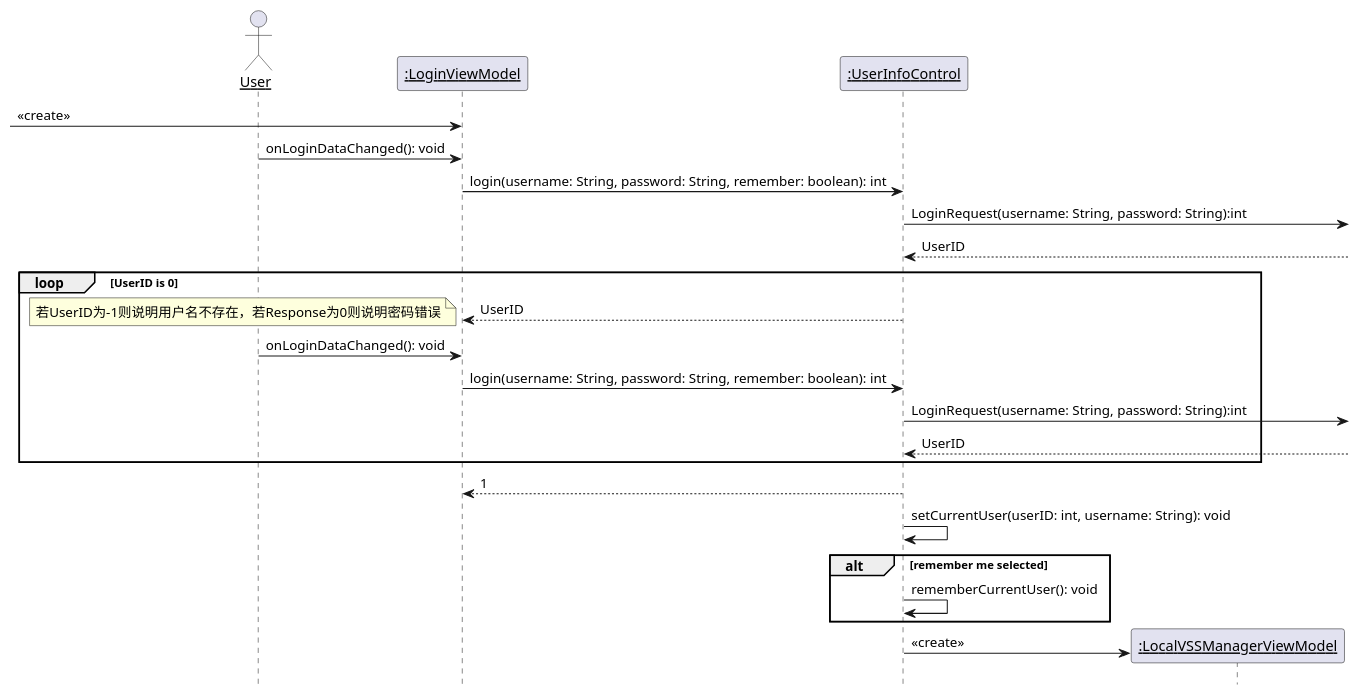
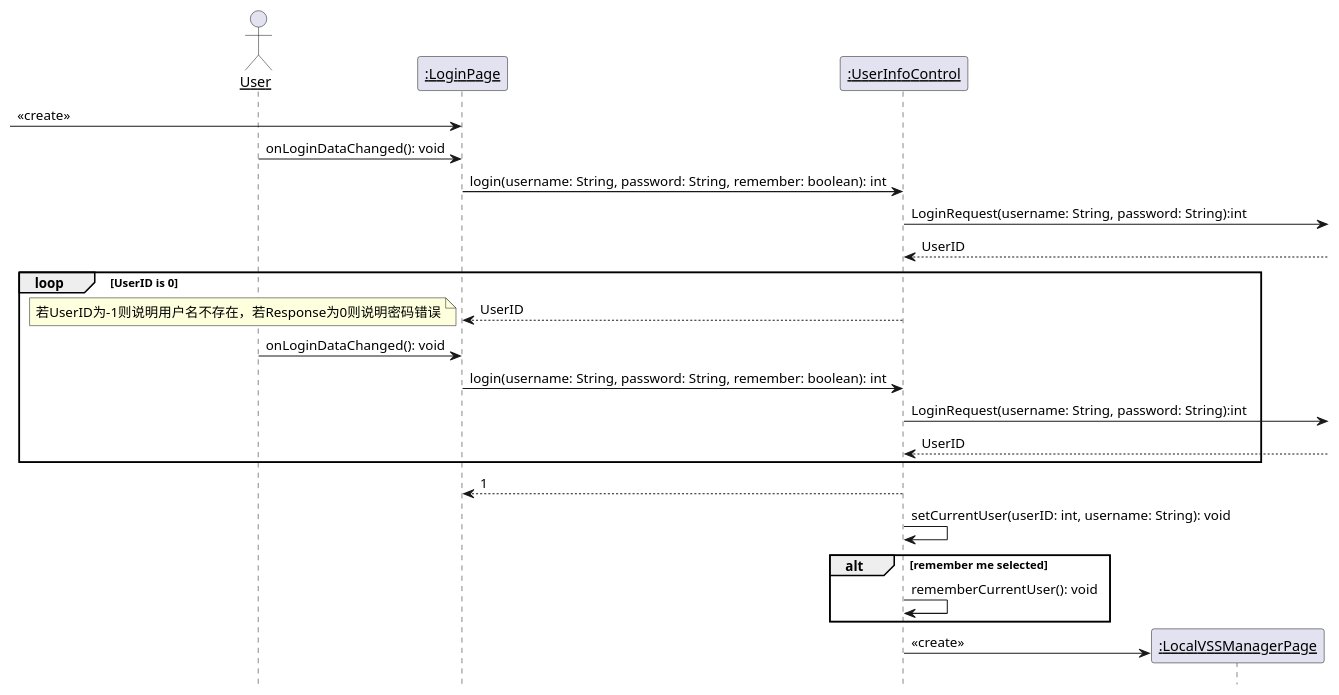
Before and after one commit to kpp19920121/doc: the fifth of 39 diagrams in 设计/顺序图.md, drawn with PlantUML. The commit also changed other lines of this file and 1 other file, not shown here.

Commit message:
改进顺序图与类图一致

````diff
--- a/设计/顺序图.md
+++ b/设计/顺序图.md
@@ -132,35 +132,35 @@
 ```PlantUML
 @startuml Diagrams/Login
 hide footbox
 skinparam sequenceParticipant underline
 
 actor User as user
-participant ":LoginViewModel" as boundary
+participant ":LoginPage" as boundary
 participant ":UserInfoControl" as control
-participant ":LocalVSSManagerViewModel" as nextpage
+participant ":LocalVSSManagerPage" as nextpage
 
 
 [-> boundary: <<create>>
 user -> boundary: onLoginDataChanged(): void
 boundary -> control: login(username: String, password: String, remember: boolean): int
 control ->: LoginRequest(username: String, password: String):int
 control <--:UserID
 
 loop UserID is 0
     control --> boundary: UserID
     note left:若UserID为-1则说明用户名不存在，若Response为0则说明密码错误
     user -> boundary: onLoginDataChanged(): void
     boundary -> control: login(username: String, password: String, remember: boolean): int
     control ->: LoginRequest(username: String, password: String):int
     control <--:UserID
 end
 control --> boundary: 1
 control -> control: setCurrentUser(userID: int, username: String): void
 
 alt remember me selected
     control -> control: rememberCurrentUser(): void
 end
 create nextpage
 control -> nextpage: <<create>>
 @enduml
 ```
````
